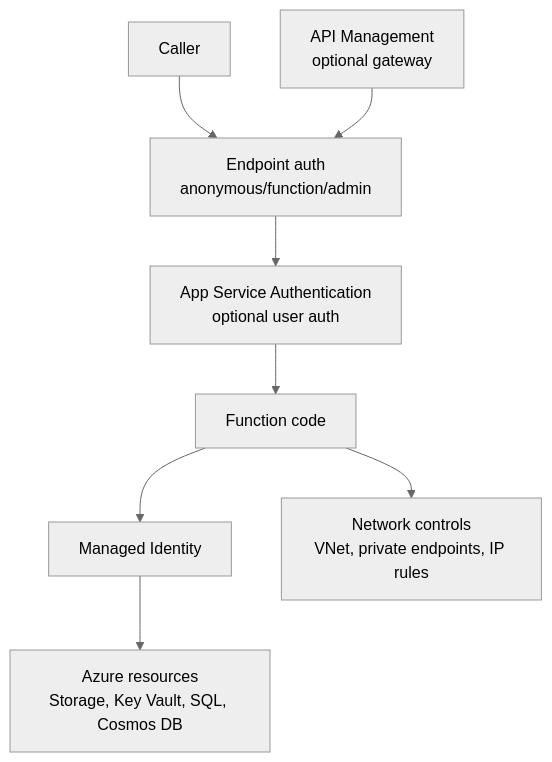
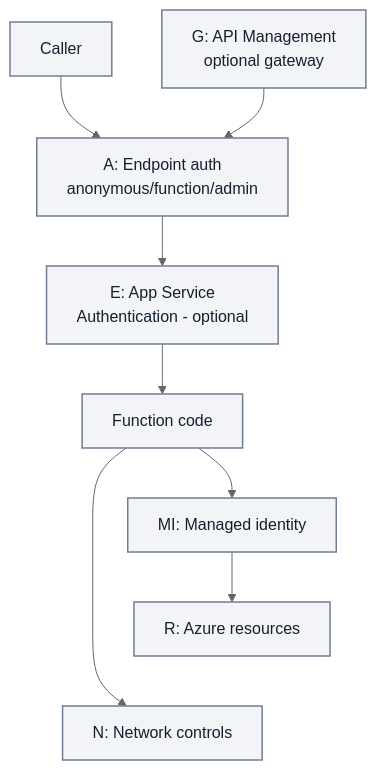
The first of 3 diagrams in docs/platform/security.md (yeongseon/azure-functions-practical-guide), drawn with Mermaid (neutral theme) before and after one commit. The commit also changed other lines of this file and 3 other files, not shown here.

First line of the commit message:
docs(diagrams): migrate Functions security — security and security and related pages (#421)

````diff
--- a/docs/platform/security.md
+++ b/docs/platform/security.md
@@ -118,10 +122,16 @@
 ```mermaid
 flowchart TD
-    C[Caller] --> A["Endpoint auth\nanonymous/function/admin"]
-    A --> E[App Service Authentication\noptional user auth]
+    accTitle: Security layers and their responsibilities
+    accDescr: Conceptual map of endpoint authorization, optional App Service Authentication and API Management, function code, managed identity, Azure dependencies and network controls. Arrows relate responsibilities, not middleware execution order or network hops.
+    C[Caller] --> A["A: Endpoint auth<br/>anonymous/function/admin"]
+    A --> E["E: App Service<br/>Authentication - optional"]
     E --> F[Function code]
-    F --> MI[Managed Identity]
-    MI --> R[Azure resources\nStorage, Key Vault, SQL, Cosmos DB]
-    G[API Management\noptional gateway] --> A
-    F --> N[Network controls\nVNet, private endpoints, IP rules]
+    F --> MI["MI: Managed identity"]
+    MI --> R["R: Azure resources"]
+    G["G: API Management<br/>optional gateway"] --> A
+    F --> N["N: Network controls"]
+    %% Layout-only link tiers the two responsibility branches; no runtime step or arrow.
+    R ~~~ N
+    classDef baseNeutral fill:#f2f4f8,stroke:#707e93,stroke-width:1.5px,color:#14202e;
+    class C,A,E,F,MI,R,G,N baseNeutral;
 ```
````
